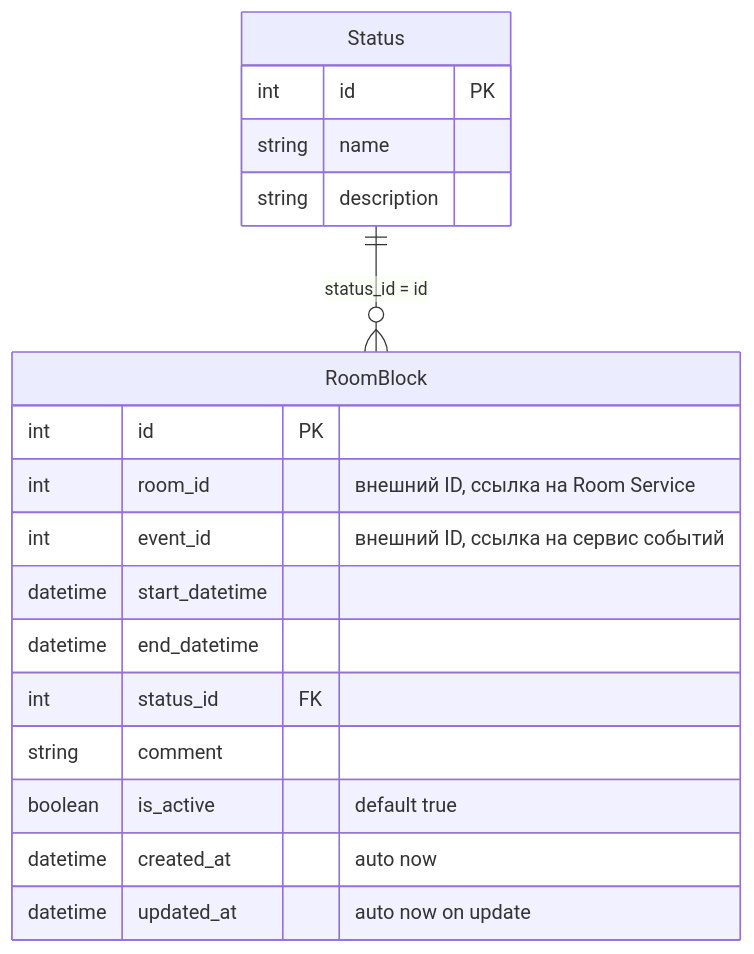
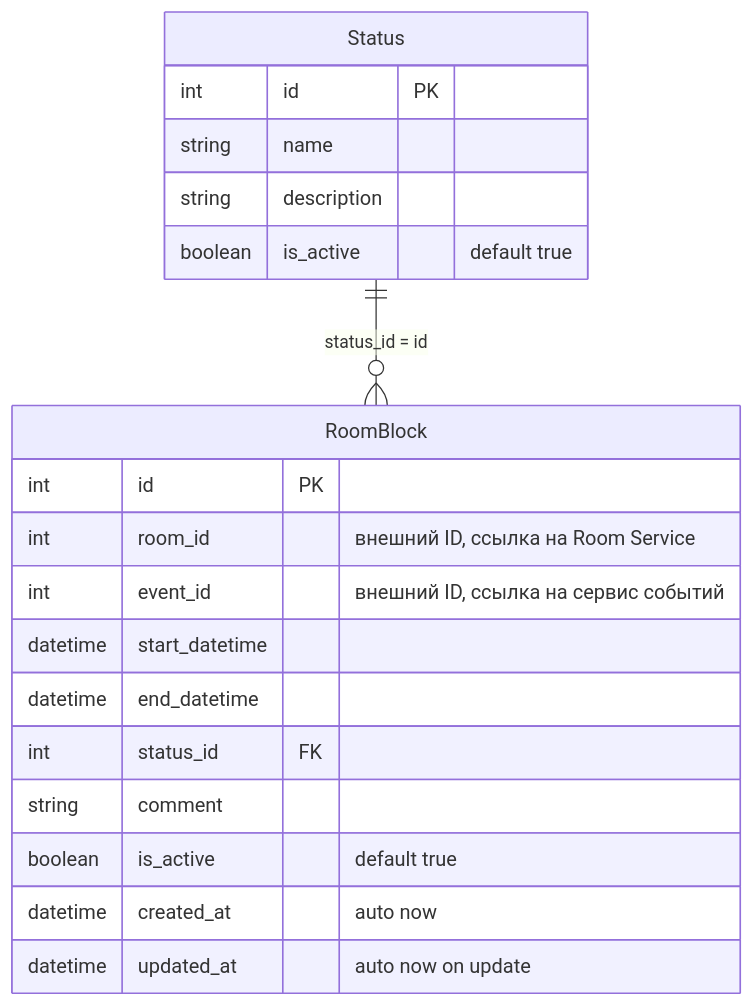
One commit to super122gg/KPK_UP2_23-1P9 changed the diagram in S24/doc.md. Above: the diagram before and after it, drawn with Mermaid. The commit also changed other lines of this file, not shown here.

````diff
--- a/S24/doc.md
+++ b/S24/doc.md
@@ -8,21 +8,22 @@
 ```mermaid
 erDiagram
     Status {
         int id PK
         string name
         string description
+        boolean is_active "default true"
     }
     RoomBlock {
         int id PK
         int room_id "внешний ID, ссылка на Room Service"
         int event_id "внешний ID, ссылка на сервис событий"
         datetime start_datetime
         datetime end_datetime
         int status_id FK
         string comment
         boolean is_active "default true"
         datetime created_at "auto now"
         datetime updated_at "auto now on update"
     }
     Status ||--o{ RoomBlock : "status_id = id"
 ```
````
